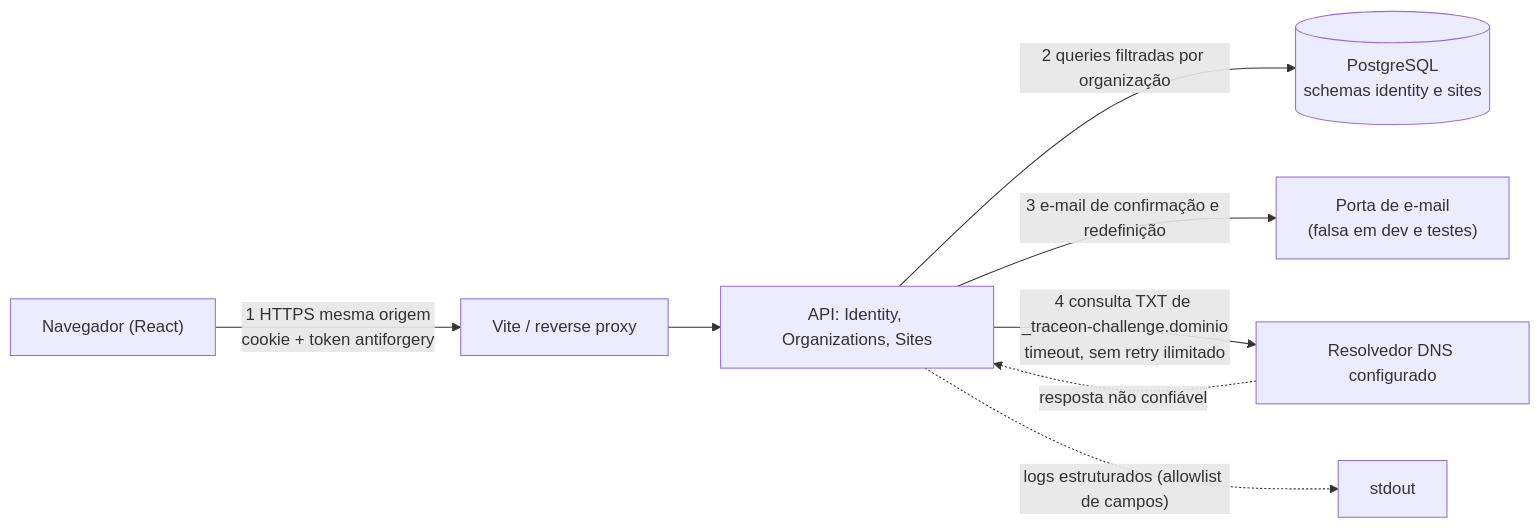
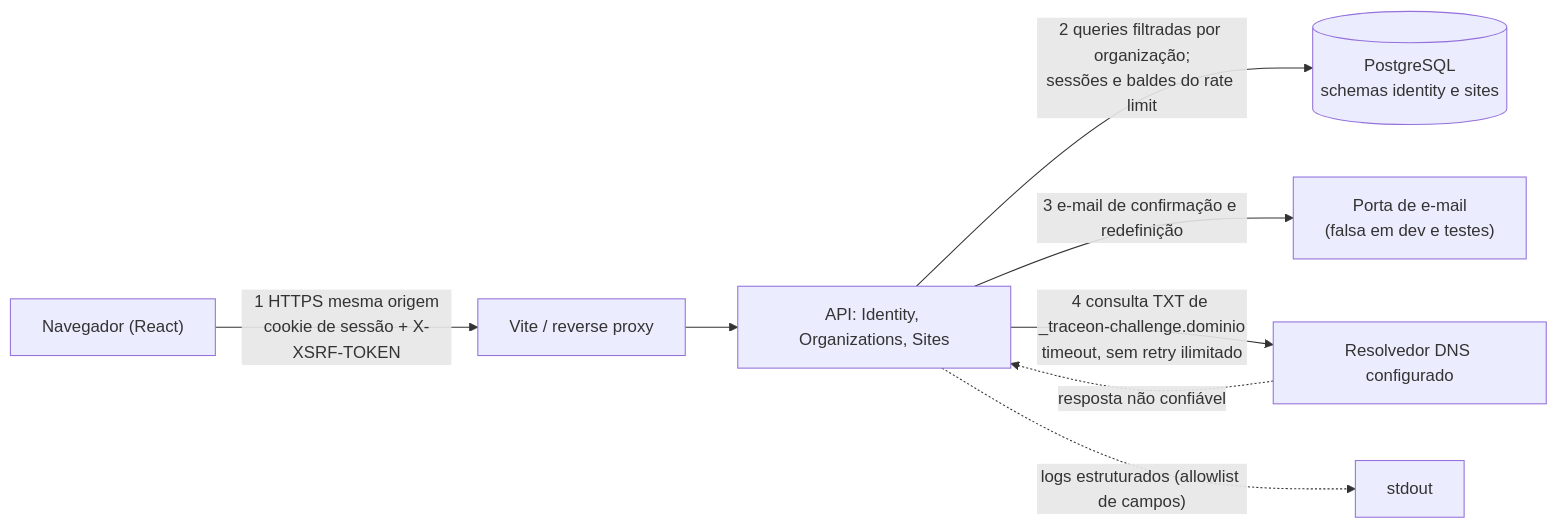
The second of 2 diagrams in docs/security/threat-model.md (BipoXDXD/traceon), drawn with Mermaid before and after one commit. The commit also changed other lines of this file and 90 other files, not shown here.

````diff
--- a/docs/security/threat-model.md
+++ b/docs/security/threat-model.md
@@ -150,10 +153,10 @@
 ```mermaid
 flowchart LR
-    U["Navegador (React)"] -- "1 HTTPS mesma origem<br/>cookie + token antiforgery" --> V["Vite / reverse proxy"]
+    U["Navegador (React)"] -- "1 HTTPS mesma origem<br/>cookie de sessão + X-XSRF-TOKEN" --> V["Vite / reverse proxy"]
     V --> A["API: Identity, Organizations, Sites"]
-    A -- "2 queries filtradas por organização" --> P[("PostgreSQL<br/>schemas identity e sites")]
+    A -- "2 queries filtradas por organização;<br/>sessões e baldes do rate limit" --> P[("PostgreSQL<br/>schemas identity e sites")]
     A -- "3 e-mail de confirmação e redefinição" --> E["Porta de e-mail<br/>(falsa em dev e testes)"]
     A -- "4 consulta TXT de _traceon-challenge.dominio<br/>timeout, sem retry ilimitado" --> R["Resolvedor DNS configurado"]
     R -. "resposta não confiável" .-> A
     A -. "logs estruturados (allowlist de campos)" .-> L["stdout"]
 ```
````
